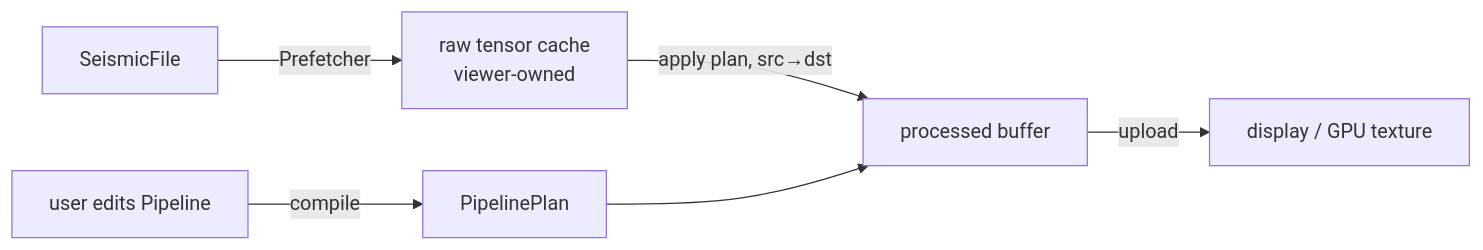
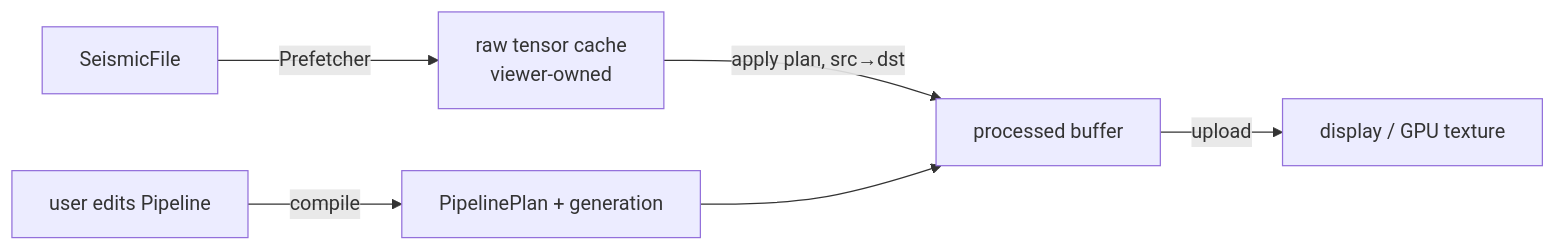
Before and after one commit to xrfez/processSEG: the diagram in docs/integration.md, drawn with Mermaid. The commit also changed other lines of this file, not shown here.

````diff
--- a/docs/integration.md
+++ b/docs/integration.md
@@ -64,8 +89,8 @@
 ```mermaid
 flowchart LR
   F[SeismicFile] -->|Prefetcher| R[raw tensor cache<br/>viewer-owned]
   R -->|apply plan, src→dst| P[processed buffer]
   P -->|upload| D[display / GPU texture]
-  U[user edits Pipeline] -->|compile| PL[PipelinePlan]
+  U[user edits Pipeline] -->|compile| PL[PipelinePlan + generation]
   PL --> P
 ```
````
